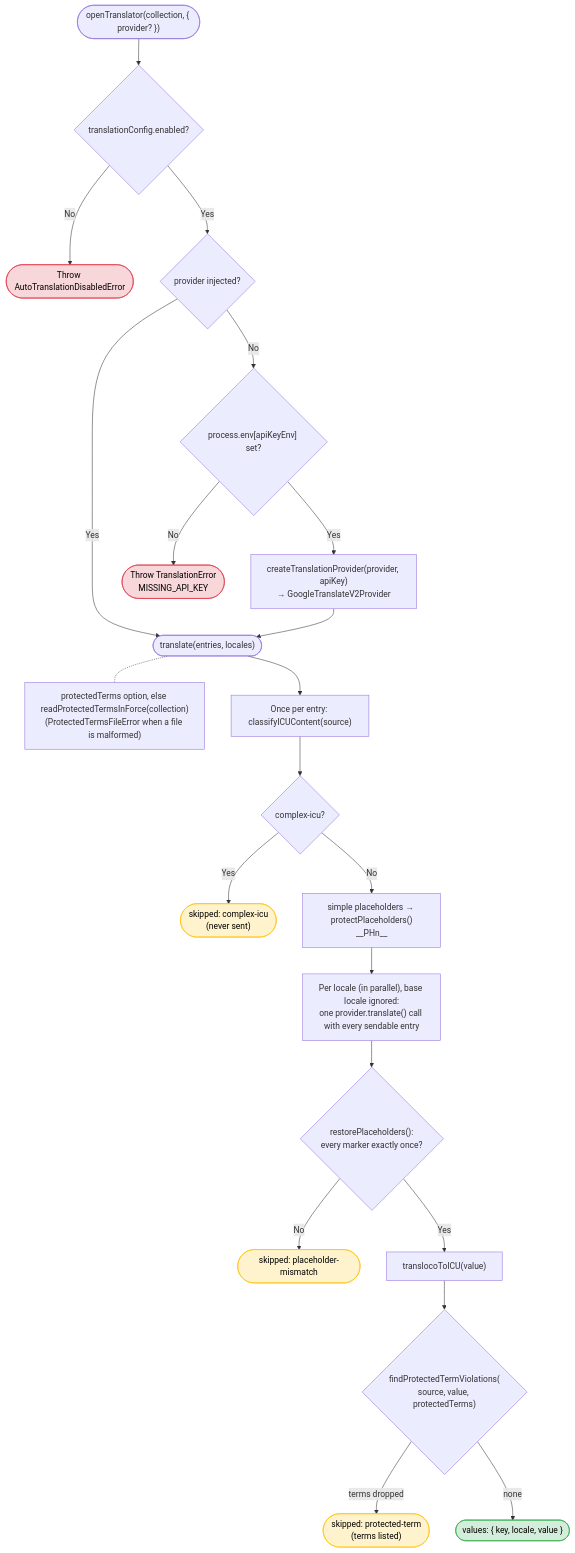
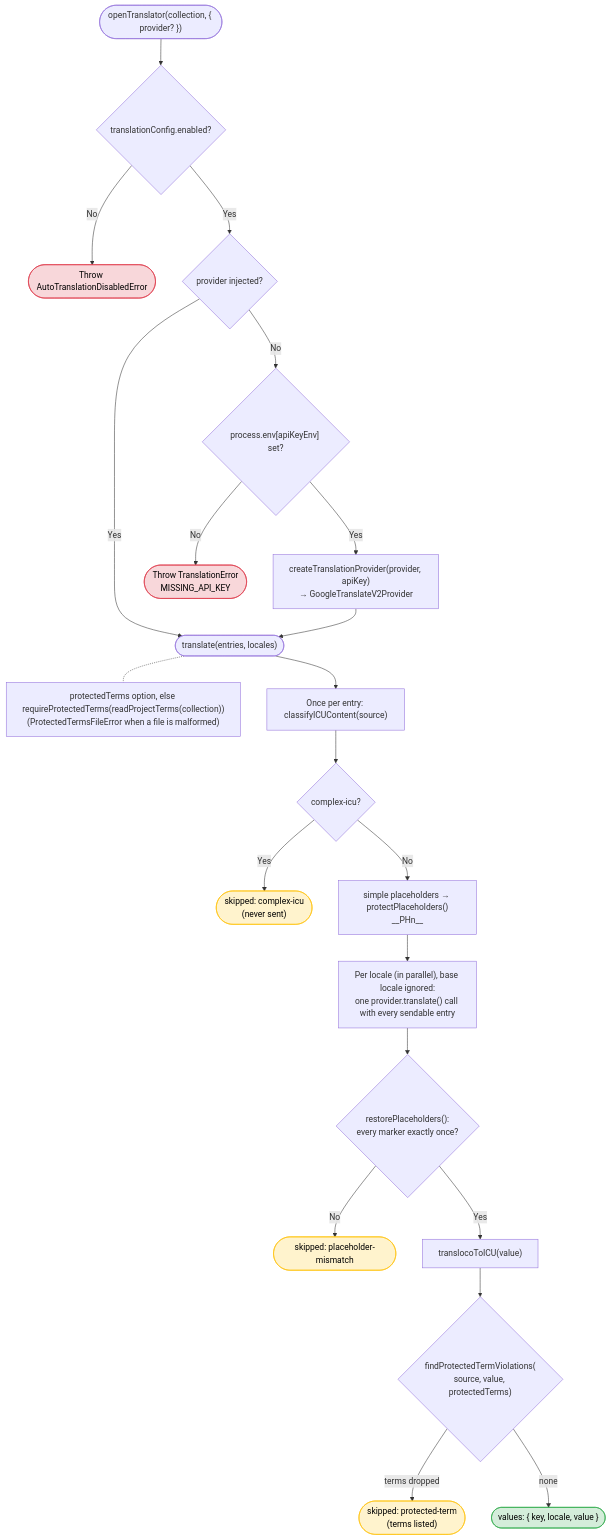
Before and after one commit to SimonNodel-AI/lingo-tracker: the second of 2 diagrams in architecture-docs/core-library.md, drawn with Mermaid. The commit also changed other lines of this file and 66 other files, not shown here.

````diff
--- a/architecture-docs/core-library.md
+++ b/architecture-docs/core-library.md
@@ -510,34 +514,34 @@
 ```mermaid
 flowchart TD
     OPEN(["openTranslator(collection, { provider? })"]) --> ENABLED{"translationConfig.enabled?"}
     ENABLED -- No --> DISABLED([Throw AutoTranslationDisabledError])
     ENABLED -- Yes --> INJECTED{"provider injected?"}
-    READY -.- TERMSREAD["protectedTerms option, else readProtectedTermsInForce(collection)\n(ProtectedTermsFileError when a file is malformed)"]
+    READY -.- TERMSREAD["protectedTerms option, else requireProtectedTerms(readProjectTerms(collection))\n(ProtectedTermsFileError when a file is malformed)"]
     INJECTED -- Yes --> READY
     INJECTED -- No --> KEY{"process.env[apiKeyEnv] set?"}
     KEY -- No --> THROW_KEY([Throw TranslationError\nMISSING_API_KEY])
     KEY -- Yes --> FACTORY["createTranslationProvider(provider, apiKey)\n→ GoogleTranslateV2Provider"]
     FACTORY --> READY
 
     READY(["translate(entries, locales)"]) --> CLASSIFY
 
     CLASSIFY["Once per entry: classifyICUContent(source)"]
     CLASSIFY --> IS_COMPLEX{"complex-icu?"}
     IS_COMPLEX -- Yes --> SKIP_ICU(["skipped: complex-icu\n(never sent)"])
     IS_COMPLEX -- No --> PROTECT["simple placeholders → protectPlaceholders()\n<span class='notranslate'>__PHn__</span>"]
 
     PROTECT --> CALL["Per locale (in parallel), base locale ignored:\none provider.translate() call with every sendable entry"]
     CALL --> RESTORE{"restorePlaceholders():\nevery marker exactly once?"}
     RESTORE -- No --> SKIP_PH(["skipped: placeholder-mismatch"])
     RESTORE -- Yes --> NORMALISE["translocoToICU(value)"]
     NORMALISE --> TERMS{"findProtectedTermViolations(\nsource, value, protectedTerms)"}
     TERMS -- "terms dropped" --> SKIP_TERM(["skipped: protected-term\n(terms listed)"])
     TERMS -- none --> VALUE(["values: { key, locale, value }"])
 
     style DISABLED fill:#f8d7da,stroke:#dc3545,color:#000
     style THROW_KEY fill:#f8d7da,stroke:#dc3545,color:#000
     style SKIP_ICU fill:#fff3cd,stroke:#ffc107,color:#000
     style SKIP_PH fill:#fff3cd,stroke:#ffc107,color:#000
     style SKIP_TERM fill:#fff3cd,stroke:#ffc107,color:#000
     style VALUE fill:#d4edda,stroke:#28a745,color:#000
 ```
````
